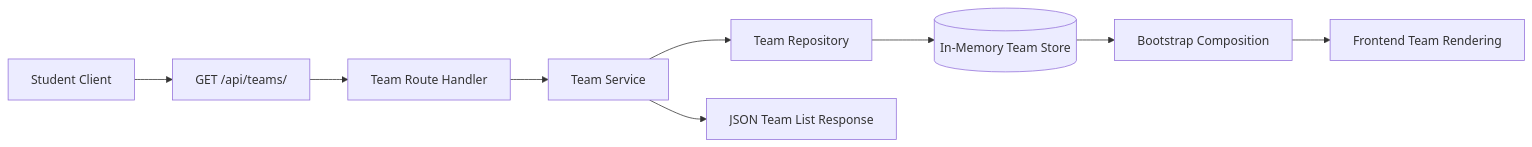
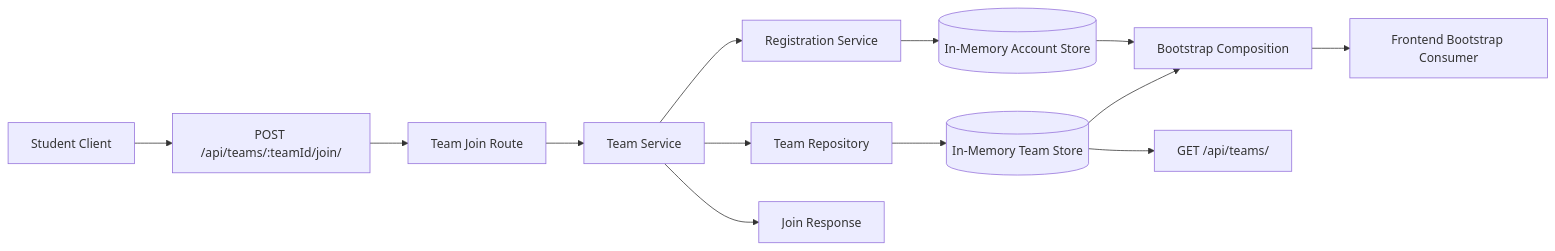
The diagram in artifacts/architecture.md (chavanlaxman/OCTOFIT), drawn with Mermaid before and after one commit. The commit also changed other lines of this file and 12 other files, not shown here.

Commit message:
OCTOFIT-10 add team join flow

````diff
--- a/artifacts/architecture.md
+++ b/artifacts/architecture.md
@@ -26,11 +28,15 @@
 ```mermaid
 flowchart LR
-    A[Student Client] --> B[GET /api/teams/]
-    B --> C[Team Route Handler]
+    A[Student Client] --> B[POST /api/teams/:teamId/join/]
+    B --> C[Team Join Route]
     C --> D[Team Service]
-    D --> E[Team Repository]
-    E --> F[(In-Memory Team Store)]
-    D --> G[JSON Team List Response]
-    F --> H[Bootstrap Composition]
-    H --> I[Frontend Team Rendering]
+    D --> E[Registration Service]
+    D --> F[Team Repository]
+    E --> G[(In-Memory Account Store)]
+    F --> H[(In-Memory Team Store)]
+    D --> I[Join Response]
+    G --> J[Bootstrap Composition]
+    H --> J
+    H --> K[GET /api/teams/]
+    J --> L[Frontend Bootstrap Consumer]
 ```
````
